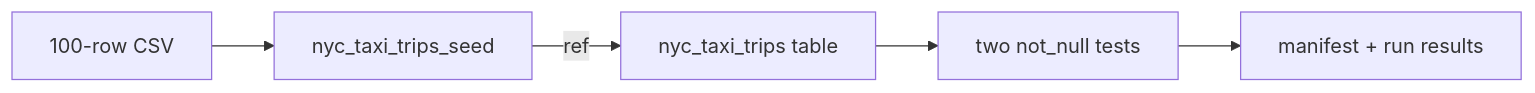
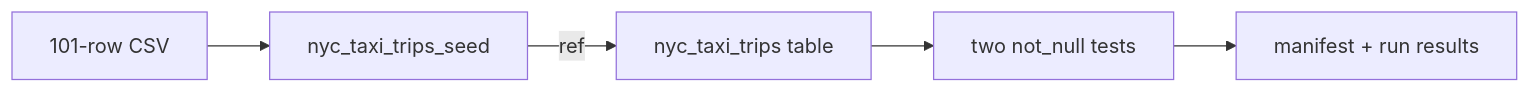
The diagram in docs/tutorials/explore-the-project.md (MiguelElGallo/bricks-cli), drawn with Mermaid before and after one commit. The commit also changed other lines of this file and 5 other files, not shown here.

Commit message:
Add one public taxi seed row (#7)

````diff
--- a/docs/tutorials/explore-the-project.md
+++ b/docs/tutorials/explore-the-project.md
@@ -114,7 +114,7 @@
 ```mermaid
 flowchart LR
-    csv["100-row CSV"] --> seed["nyc_taxi_trips_seed"]
+    csv["101-row CSV"] --> seed["nyc_taxi_trips_seed"]
     seed -->|ref| model["nyc_taxi_trips table"]
     model --> tests["two not_null tests"]
     tests --> artifacts["manifest + run results"]
 ```
````
